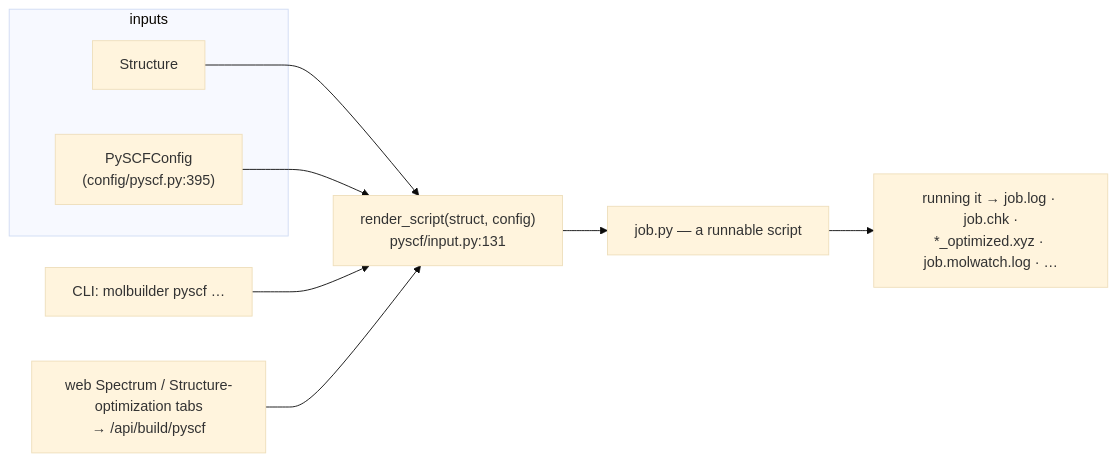
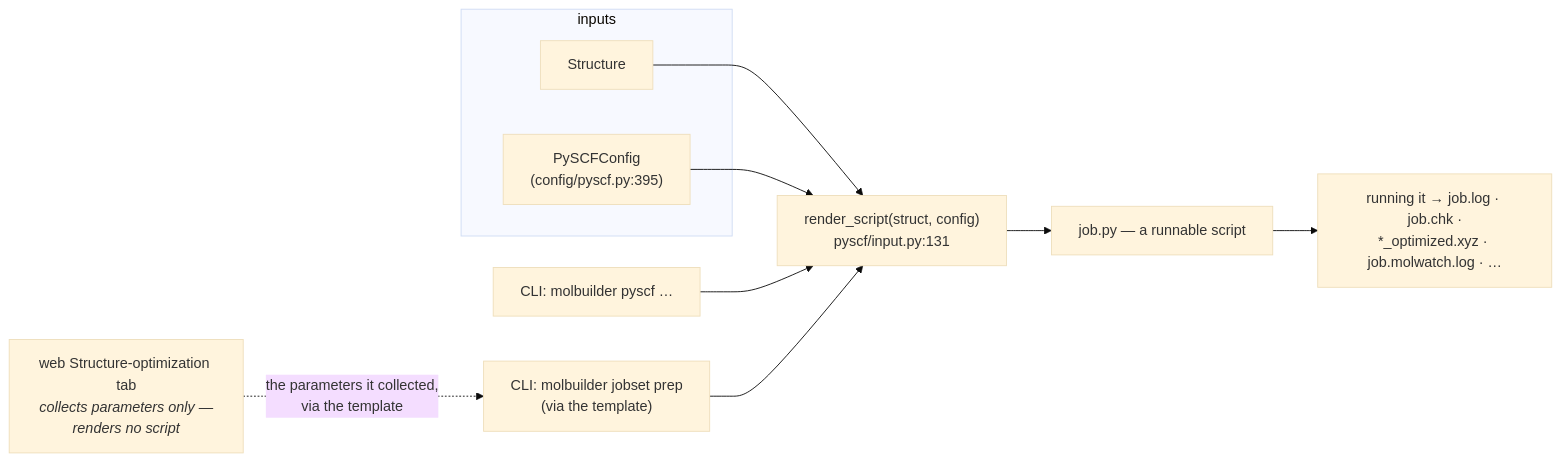
Before and after one commit to Qing-LAB/molbuilder: the first of 2 diagrams in docs/engines/pyscf.md, drawn with Mermaid (base theme). The commit also changed other lines of this file, not shown here.

````diff
--- a/docs/engines/pyscf.md
+++ b/docs/engines/pyscf.md
@@ -36,17 +36,19 @@
 ```mermaid
 flowchart LR
     subgraph IN["inputs"]
         S["Structure"]
         C["PySCFConfig<br/>(config/pyscf.py:395)"]
     end
     CLI["CLI: molbuilder pyscf …"]
-    WEB["web Spectrum / Structure-optimization tabs<br/>→ /api/build/pyscf"]
+    PREP["CLI: molbuilder jobset prep<br/>(via the template)"]
+    WEB["web Structure-optimization tab<br/><i>collects parameters only —<br/>renders no script</i>"]
     R["render_script(struct, config)<br/>pyscf/input.py:131"]
     PY["job.py — a runnable script"]
     RUN["running it → job.log · job.chk ·<br/>*_optimized.xyz · job.molwatch.log · …"]
     S --> R
     C --> R
     CLI --> R
-    WEB --> R
+    PREP --> R
+    WEB -.->|"the parameters it collected,<br/>via the template"| PREP
     R --> PY --> RUN
 ```
````
